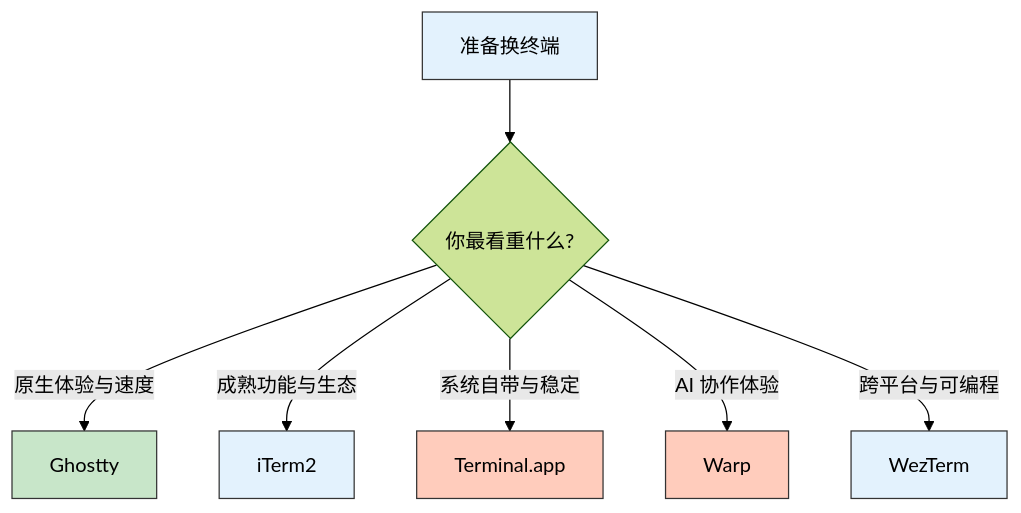
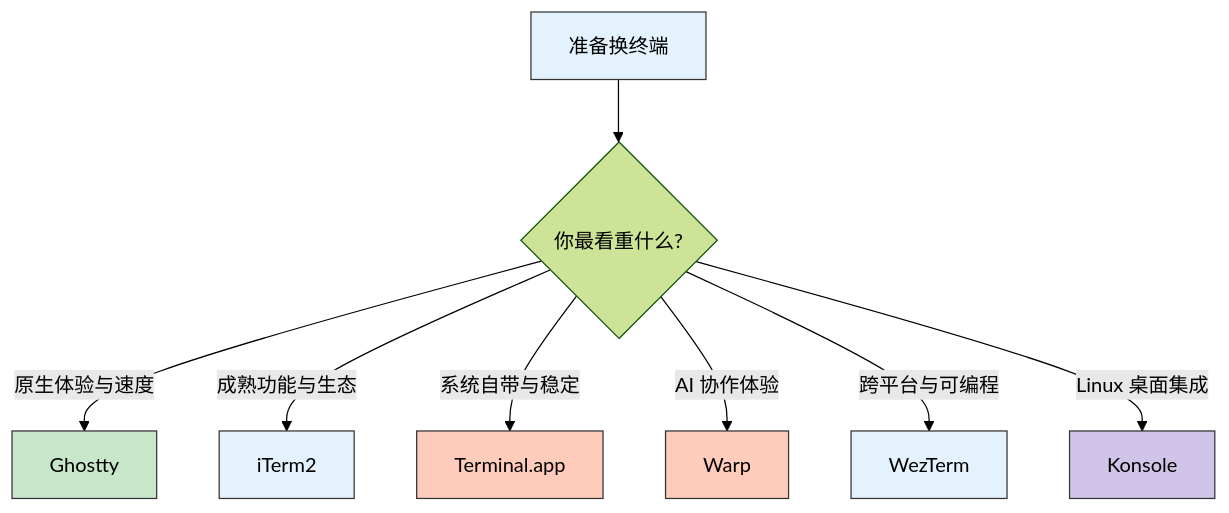
The diagram in source/_posts/tech/tools/2026-04-01-iterm2-to-ghostty-migration-guide.md (leahana/leahana.github.io), drawn with Mermaid (forest theme) before and after one commit. The commit also changed other lines of this file, not shown here.

Commit message:
docs: update ghostty migration guide with konsole comparison and claude code tips

````diff
--- a/source/_posts/tech/tools/2026-04-01-iterm2-to-ghostty-migration-guide.md
+++ b/source/_posts/tech/tools/2026-04-01-iterm2-to-ghostty-migration-guide.md
@@ -36,16 +37,18 @@
 ```mermaid
 graph TD
     A["准备换终端"] --> B{"你最看重什么?"}
     B -->|原生体验与速度| C["Ghostty"]
     B -->|成熟功能与生态| D["iTerm2"]
     B -->|系统自带与稳定| E["Terminal.app"]
     B -->|AI 协作体验| F["Warp"]
     B -->|跨平台与可编程| G["WezTerm"]
+    B -->|Linux 桌面集成| H["Konsole"]
 
     style A fill:#e3f2fd,stroke:#333,color:#000
     style C fill:#c8e6c9,stroke:#333,color:#000
     style D fill:#e3f2fd,stroke:#333,color:#000
     style E fill:#ffccbc,stroke:#333,color:#000
     style F fill:#ffccbc,stroke:#333,color:#000
     style G fill:#e3f2fd,stroke:#333,color:#000
+    style H fill:#d1c4e9,stroke:#333,color:#000
 ```
````
